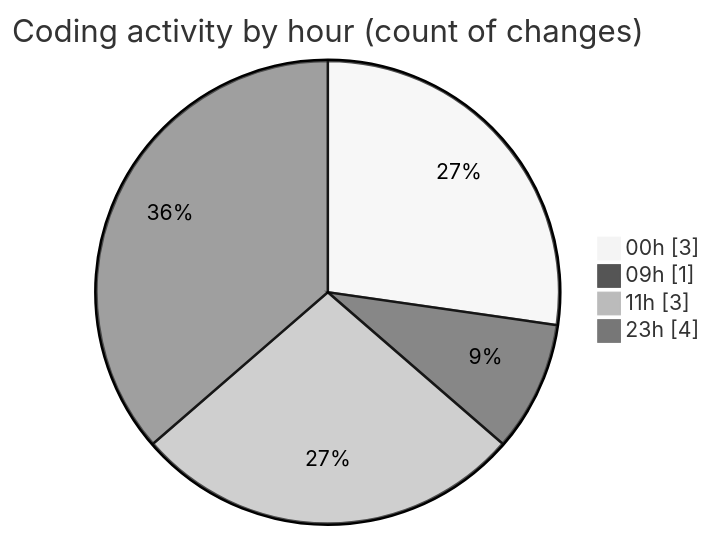
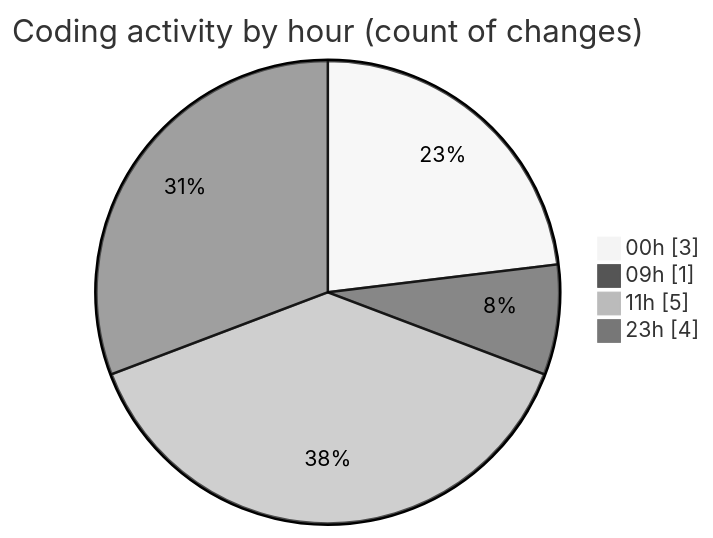
The second of 2 diagrams in 2025-05-16/niten/README.md (Elitesun/code-tracking), drawn with Mermaid (neutral theme) before and after one commit. The commit also changed other lines of this file and 1 other file, not shown here.

````diff
--- a/2025-05-16/niten/README.md
+++ b/2025-05-16/niten/README.md
@@ -37,8 +37,8 @@
 ```mermaid
 pie showData
 title Coding activity by hour (count of changes)
 "00h" : 3
 "09h" : 1
-"11h" : 3
+"11h" : 5
 "23h" : 4
 ```
````
